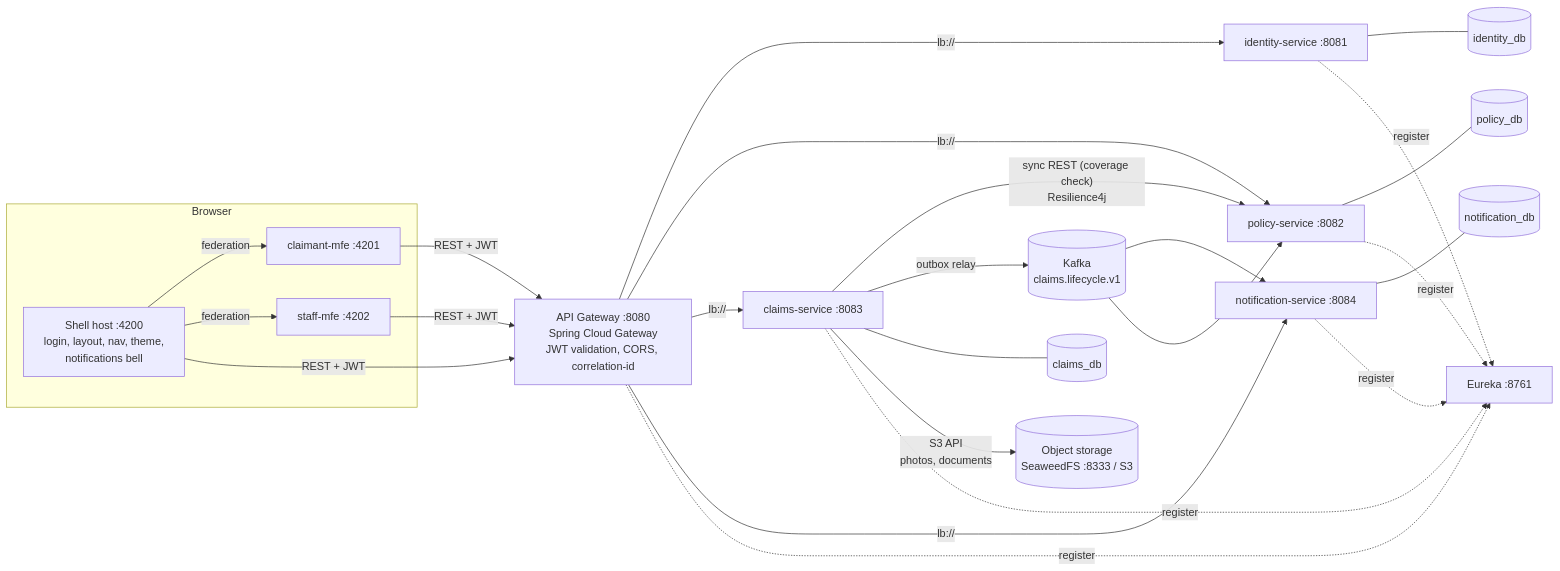
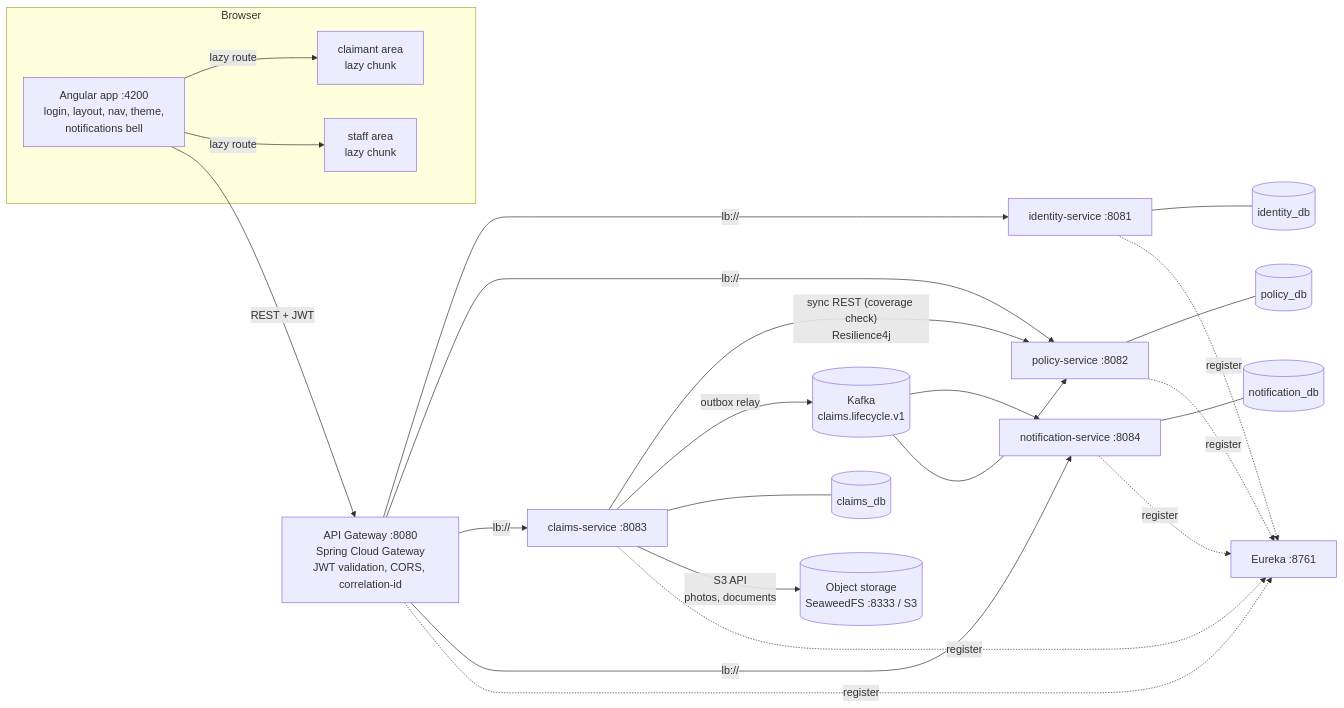
Before and after one commit to subbukurcheti557/claims-management-platform: the first of 5 diagrams in docs/ARCHITECTURE.md, drawn with Mermaid. The commit also changed other lines of this file and 132 other files, not shown here.

First line of the commit message:
refactor(frontend): replace micro-frontends with one Angular app

````diff
--- a/docs/ARCHITECTURE.md
+++ b/docs/ARCHITECTURE.md
@@ -40,32 +40,32 @@
 ```mermaid
 flowchart LR
   subgraph Browser
-    SH[Shell host :4200<br/>login, layout, nav, theme,<br/>notifications bell]
-    CM[claimant-mfe :4201]
-    SM[staff-mfe :4202]
-    SH -- federation --> CM
-    SH -- federation --> SM
+    SH[Angular app :4200<br/>login, layout, nav, theme,<br/>notifications bell]
+    CM[claimant area<br/>lazy chunk]
+    SM[staff area<br/>lazy chunk]
+    SH -- lazy route --> CM
+    SH -- lazy route --> SM
   end
 
-  SH & CM & SM -->|REST + JWT| GW[API Gateway :8080<br/>Spring Cloud Gateway<br/>JWT validation, CORS, correlation-id]
+  SH -->|REST + JWT| GW[API Gateway :8080<br/>Spring Cloud Gateway<br/>JWT validation, CORS, correlation-id]
 
   GW -->|lb://| ID[identity-service :8081]
   GW -->|lb://| PS[policy-service :8082]
   GW -->|lb://| CS[claims-service :8083]
   GW -->|lb://| NS[notification-service :8084]
 
   CS -- "sync REST (coverage check)<br/>Resilience4j" --> PS
 
   CS -- outbox relay --> K[(Kafka<br/>claims.lifecycle.v1)]
   K --> NS
   K --> PS
 
   ID --- DB1[(identity_db)]
   PS --- DB2[(policy_db)]
   CS --- DB3[(claims_db)]
   CS -- "S3 API<br/>photos, documents" --> OS[(Object storage<br/>SeaweedFS :8333 / S3)]
   NS --- DB4[(notification_db)]
 
   EU[Eureka :8761]
   GW & ID & PS & CS & NS -. register .-> EU
 ```
````
